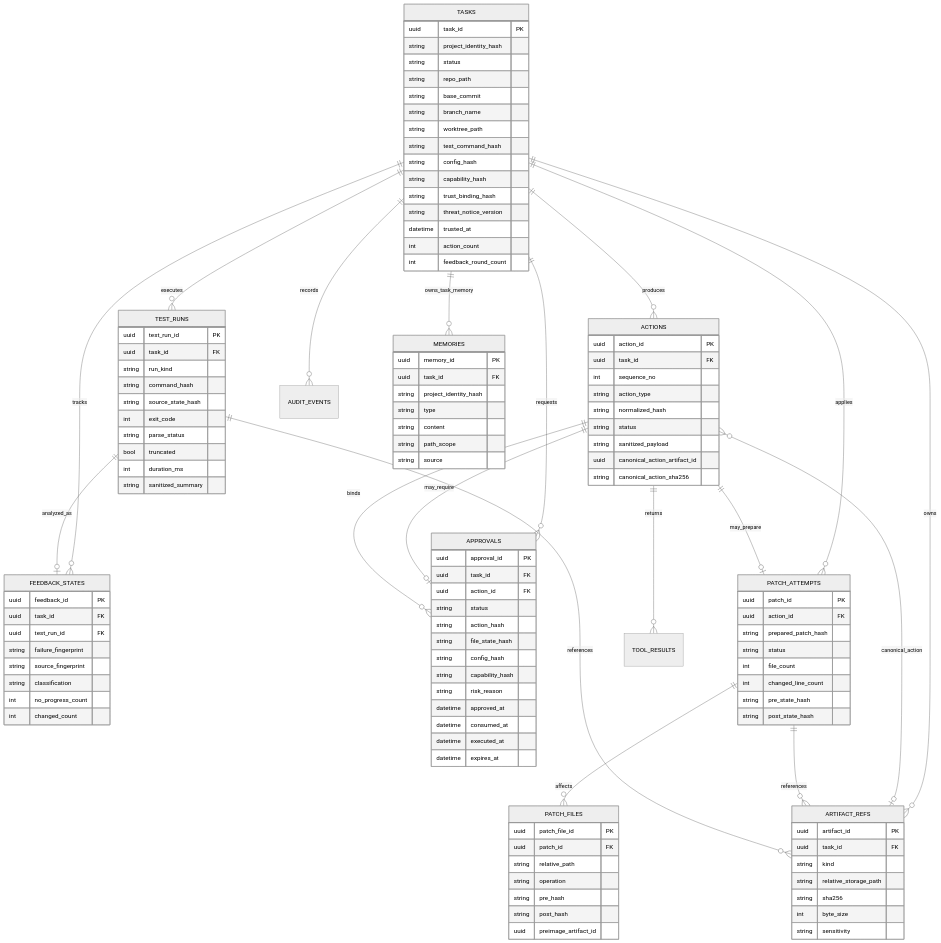
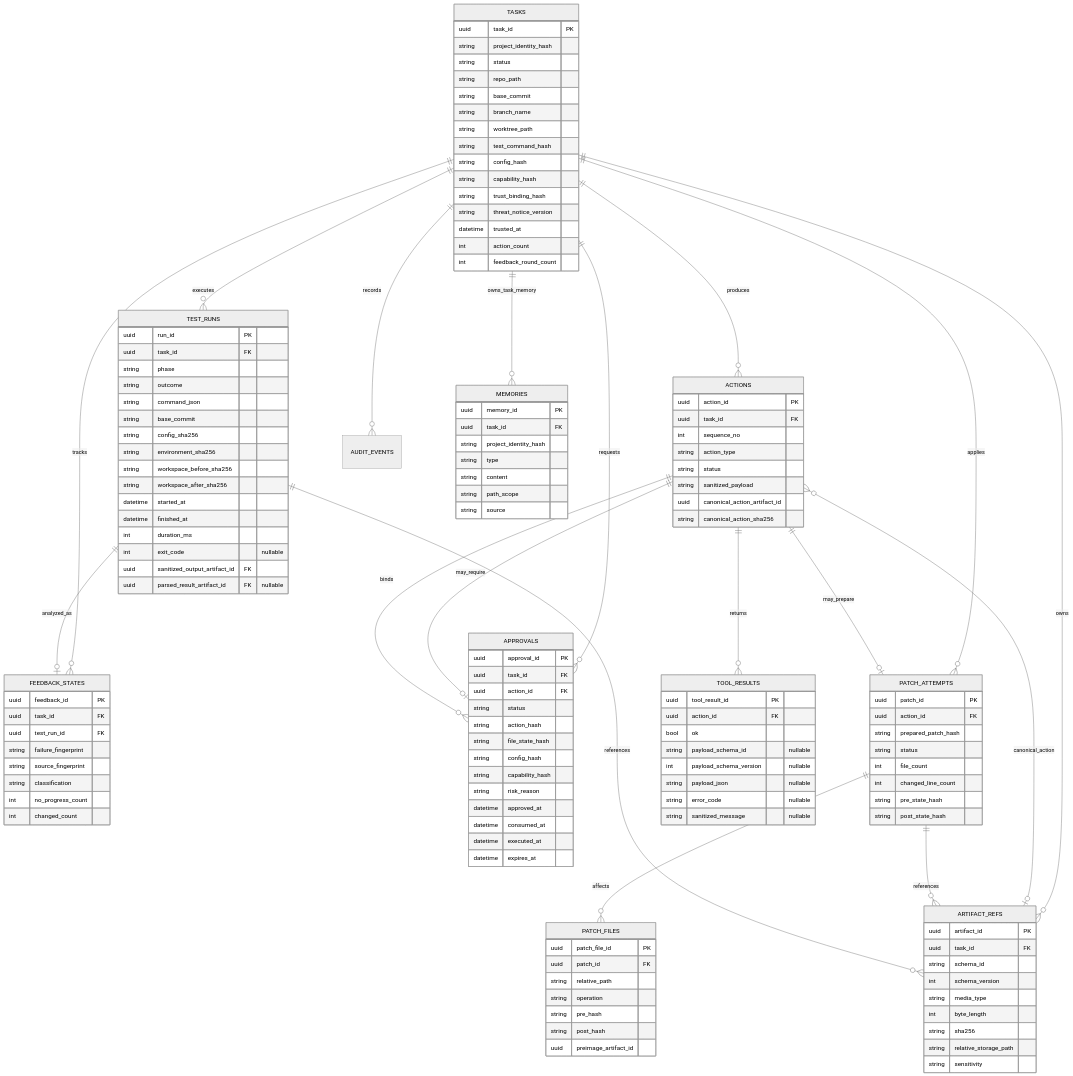
Before and after one commit to llxxy-cn/coding-agent-harness: the fifth of 5 diagrams in SPEC.md, drawn with Mermaid (neutral theme). The commit also changed other lines of this file and 1 other file, not shown here.

````diff
--- a/SPEC.md
+++ b/SPEC.md
@@ -606,23 +985,38 @@
         uuid task_id FK
         int sequence_no
         string action_type
-        string normalized_hash
         string status
         string sanitized_payload
         uuid canonical_action_artifact_id
         string canonical_action_sha256
     }
+    TOOL_RESULTS {
+        uuid tool_result_id PK
+        uuid action_id FK
+        bool ok
+        string payload_schema_id "nullable"
+        int payload_schema_version "nullable"
+        string payload_json "nullable"
+        string error_code "nullable"
+        string sanitized_message "nullable"
+    }
     TEST_RUNS {
-        uuid test_run_id PK
+        uuid run_id PK
         uuid task_id FK
-        string run_kind
-        string command_hash
-        string source_state_hash
-        int exit_code
-        string parse_status
-        bool truncated
+        string phase
+        string outcome
+        string command_json
+        string base_commit
+        string config_sha256
+        string environment_sha256
+        string workspace_before_sha256
+        string workspace_after_sha256
+        datetime started_at
+        datetime finished_at
         int duration_ms
-        string sanitized_summary
+        int exit_code "nullable"
+        uuid sanitized_output_artifact_id FK
+        uuid parsed_result_artifact_id FK "nullable"
     }
     FEEDBACK_STATES {
         uuid feedback_id PK
@@ -680,10 +1074,12 @@
     ARTIFACT_REFS {
         uuid artifact_id PK
         uuid task_id FK
-        string kind
+        string schema_id
+        int schema_version
+        string media_type
+        int byte_length
+        string sha256
         string relative_storage_path
-        string sha256
-        int byte_size
         string sensitivity
     }
 ```
````
